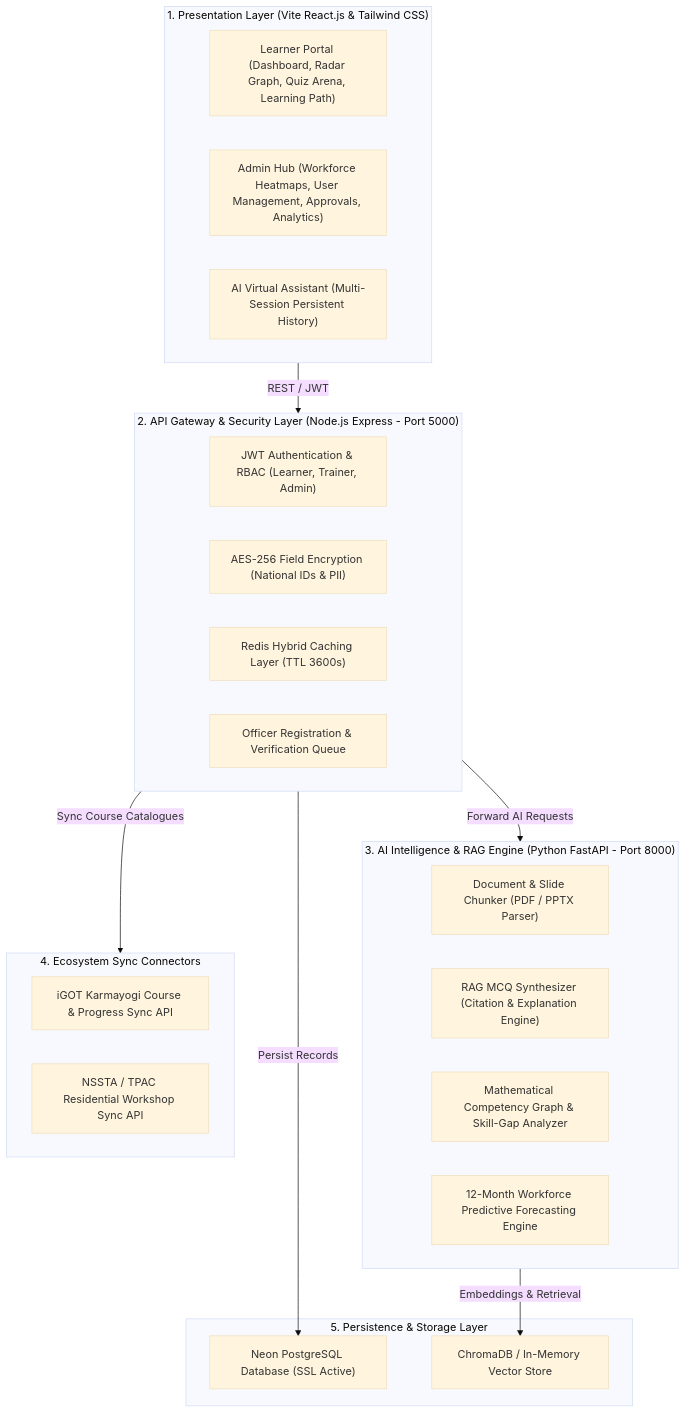
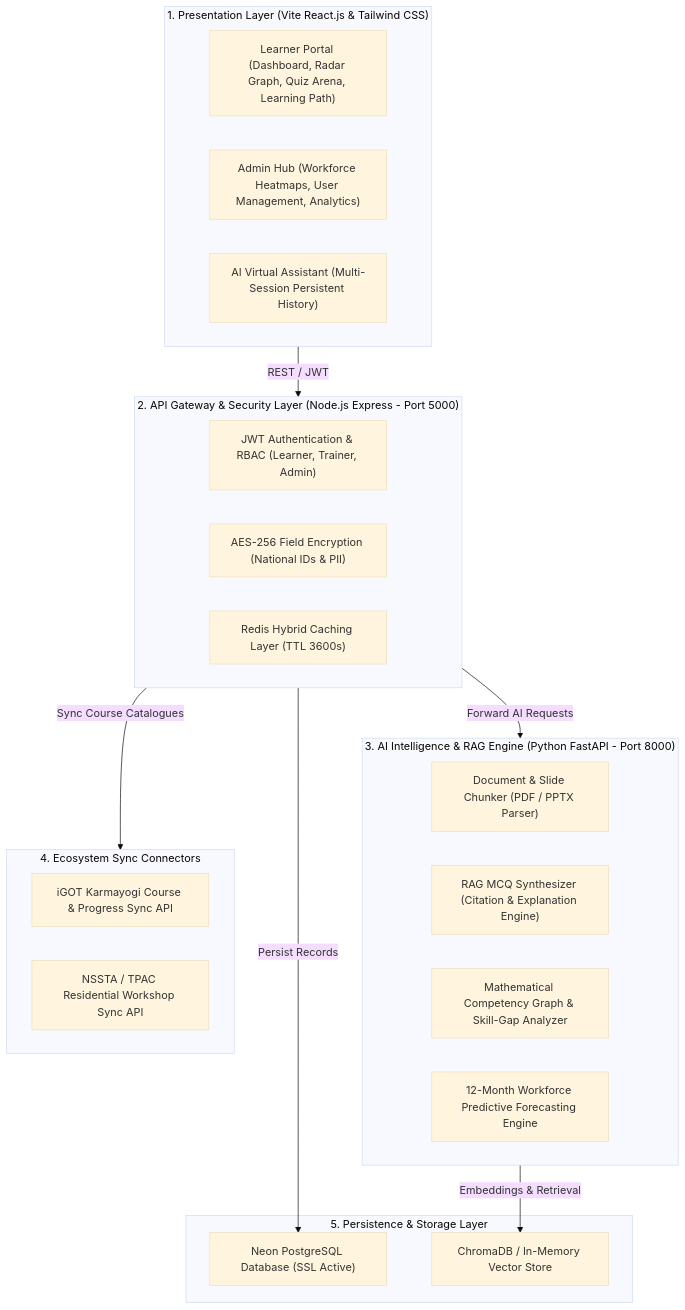
One commit to Jayanta2004/Saksham-AI---SIH26 changed the diagram in README.md. Above: the diagram before and after it, drawn with Mermaid (base theme). The commit also changed other lines of this file and 26 other files, not shown here.

````diff
--- a/README.md
+++ b/README.md
@@ -66,38 +66,37 @@
 ```mermaid
 graph TD
     subgraph UI ["1. Presentation Layer (Vite React.js & Tailwind CSS)"]
         LearnerPortal["Learner Portal (Dashboard, Radar Graph, Quiz Arena, Learning Path)"]
-        AdminPortal["Admin Hub (Workforce Heatmaps, User Management, Approvals, Analytics)"]
+        AdminPortal["Admin Hub (Workforce Heatmaps, User Management, Analytics)"]
         AiChat["AI Virtual Assistant (Multi-Session Persistent History)"]
     end
 
     subgraph Gateway ["2. API Gateway & Security Layer (Node.js Express - Port 5000)"]
         JWTAuth["JWT Authentication & RBAC (Learner, Trainer, Admin)"]
         CryptoEngine["AES-256 Field Encryption (National IDs & PII)"]
         RedisCache["Redis Hybrid Caching Layer (TTL 3600s)"]
-        ApprovalQueue["Officer Registration & Verification Queue"]
     end
 
     subgraph AI ["3. AI Intelligence & RAG Engine (Python FastAPI - Port 8000)"]
         DocChunker["Document & Slide Chunker (PDF / PPTX Parser)"]
         MCQGen["RAG MCQ Synthesizer (Citation & Explanation Engine)"]
         GapAnalyzer["Mathematical Competency Graph & Skill-Gap Analyzer"]
         Predictor["12-Month Workforce Predictive Forecasting Engine"]
     end
 
     subgraph Integration ["4. Ecosystem Sync Connectors"]
         iGOTConnector["iGOT Karmayogi Course & Progress Sync API"]
         NSSTAConnector["NSSTA / TPAC Residential Workshop Sync API"]
     end
 
     subgraph Database ["5. Persistence & Storage Layer"]
         PostgresDB["Neon PostgreSQL Database (SSL Active)"]
         VectorDB["ChromaDB / In-Memory Vector Store"]
     end
 
     UI -->|REST / JWT| Gateway
     Gateway -->|Forward AI Requests| AI
     Gateway -->|Sync Course Catalogues| Integration
     Gateway -->|Persist Records| PostgresDB
     AI -->|Embeddings & Retrieval| VectorDB
 ```
````
